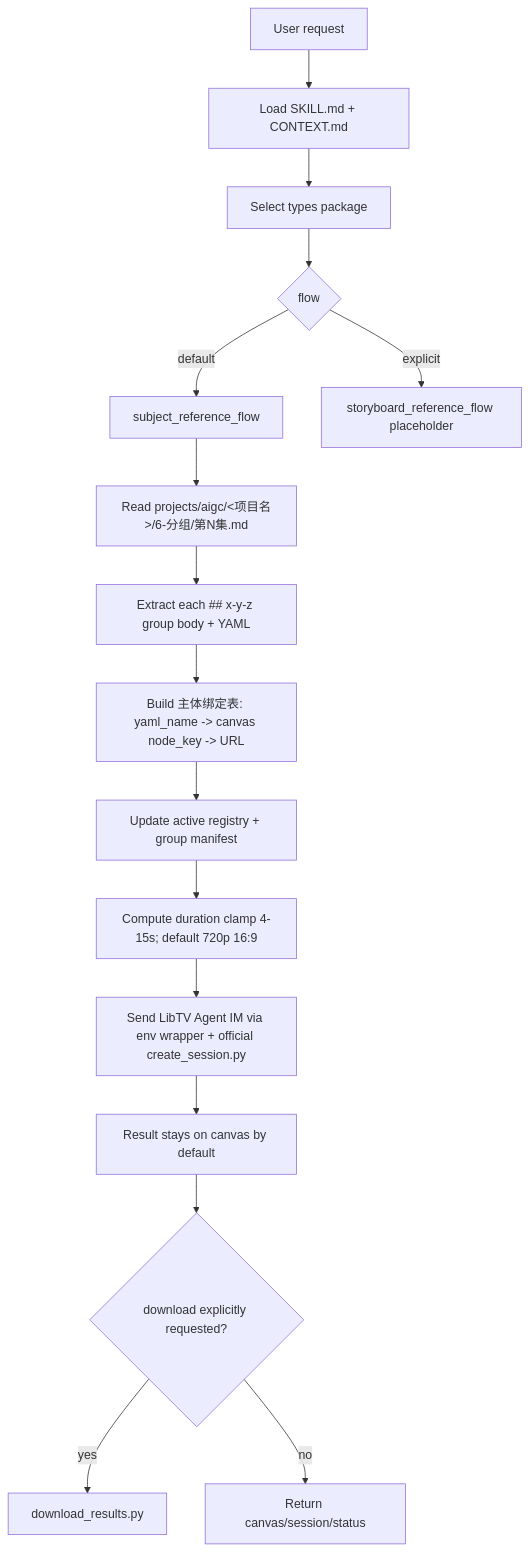
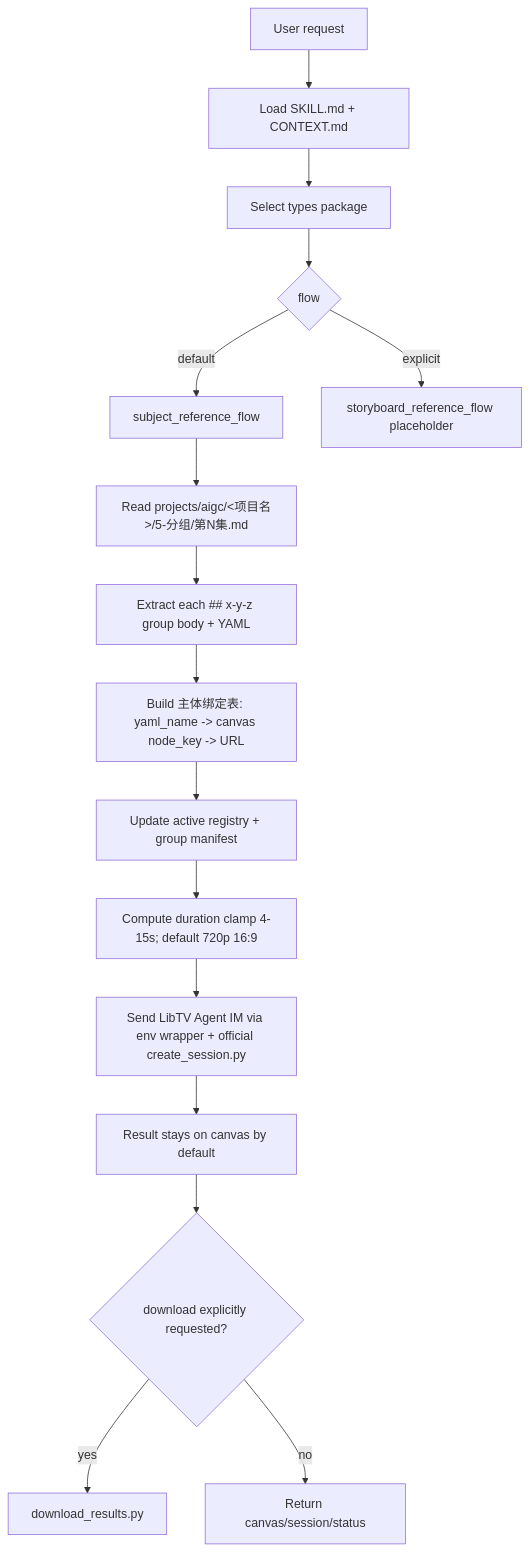
One commit to ZEN-VOID/AI-CUT changed the diagram in .agents/skills/aigc/backup/libTV画布流/SKILL.md. Above: the diagram before and after it, drawn with Mermaid. The commit also changed other lines of this file and 1070 other files, not shown here.

````diff
--- a/.agents/skills/aigc/backup/libTV画布流/SKILL.md
+++ b/.agents/skills/aigc/backup/libTV画布流/SKILL.md
@@ -100,18 +100,18 @@
 ```mermaid
 flowchart TD
     A["User request"] --> B["Load SKILL.md + CONTEXT.md"]
     B --> C["Select types package"]
     C --> D{"flow"}
     D -->|"default"| E["subject_reference_flow"]
     D -->|"explicit"| F["storyboard_reference_flow placeholder"]
-    E --> G["Read projects/aigc/<项目名>/6-分组/第N集.md"]
+    E --> G["Read projects/aigc/<项目名>/5-分组/第N集.md"]
     G --> H["Extract each ## x-y-z group body + YAML"]
     H --> I["Build 主体绑定表: yaml_name -> canvas node_key -> URL"]
     I --> J["Update active registry + group manifest"]
     J --> K["Compute duration clamp 4-15s; default 720p 16:9"]
     K --> L["Send LibTV Agent IM via env wrapper + official create_session.py"]
     L --> M["Result stays on canvas by default"]
     M --> N{"download explicitly requested?"}
     N -->|"yes"| O["download_results.py"]
     N -->|"no"| P["Return canvas/session/status"]
 ```
````
